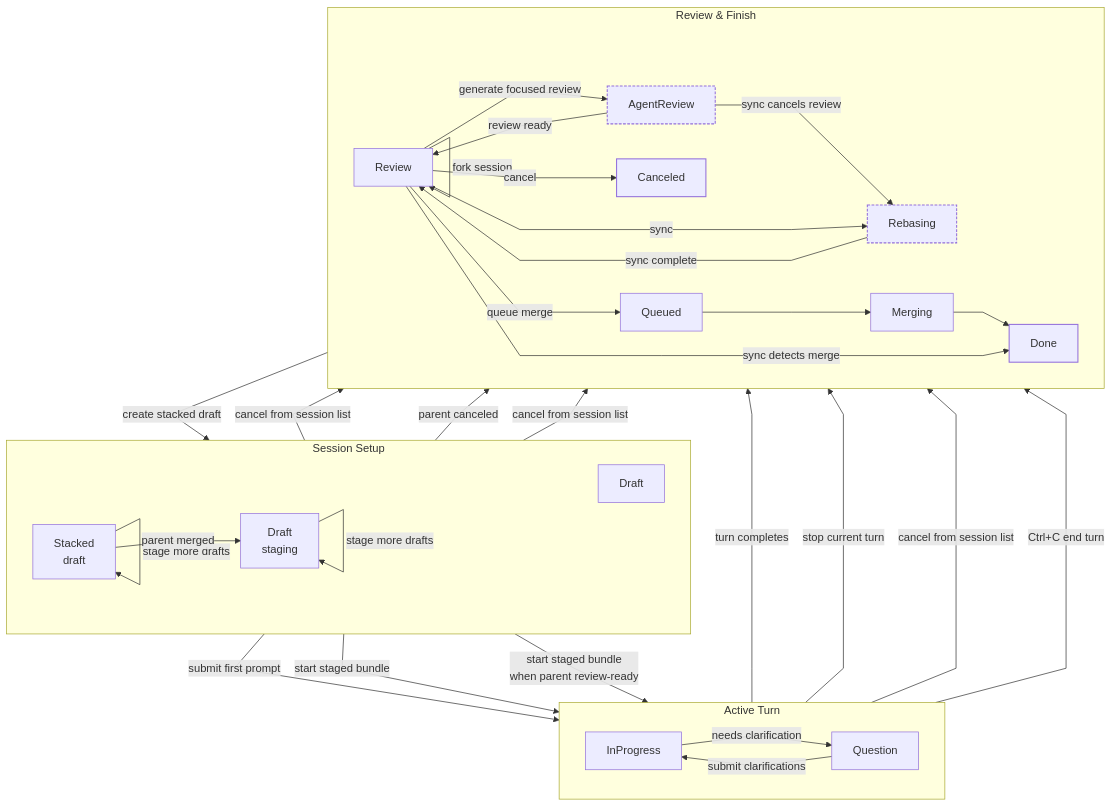
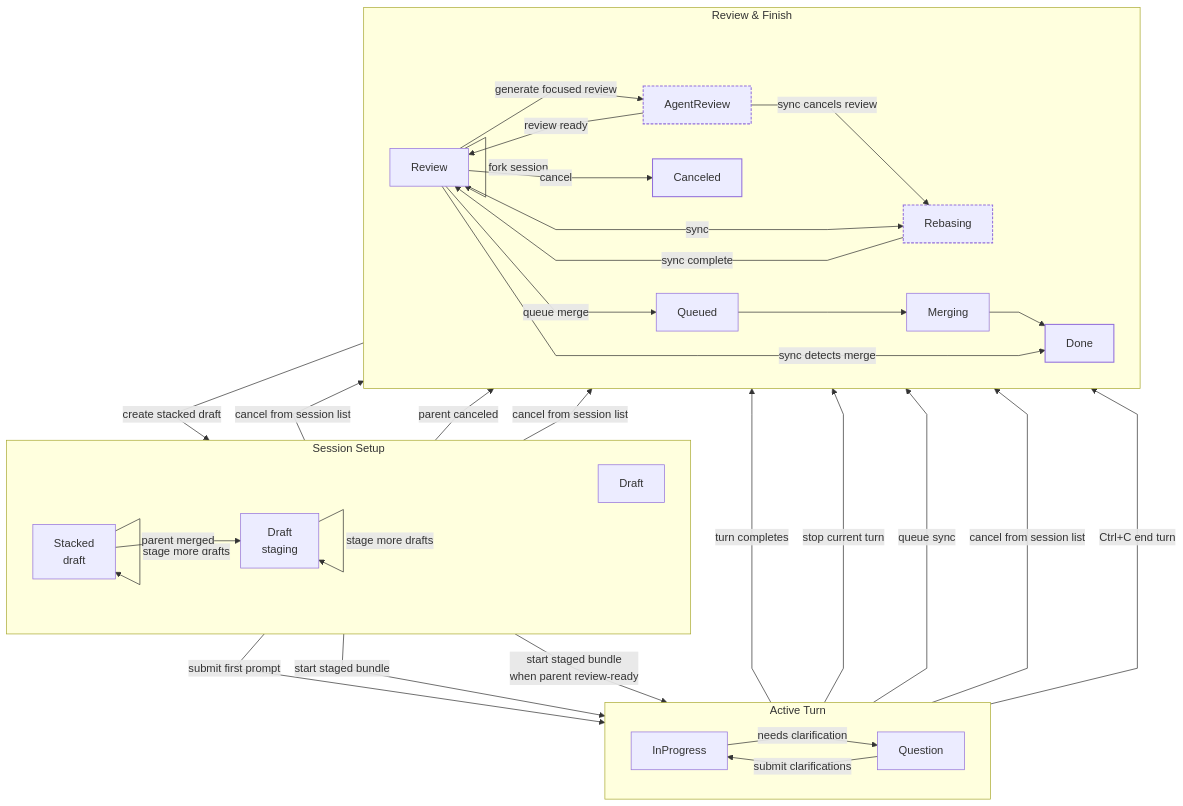
One commit to agentty-xyz/agentty changed the diagram in docs/site/content/docs/usage/workflow.md. Above: the diagram before and after it, drawn with Mermaid. The commit also changed other lines of this file and 12 other files, not shown here.

First line of the commit message:
Allow session sync to queue during running turns

````diff
--- a/docs/site/content/docs/usage/workflow.md
+++ b/docs/site/content/docs/usage/workflow.md
@@ -83,63 +84,64 @@
 ```mermaid
 %%{init: { "flowchart": { "curve": "linear" } } }%%
 flowchart TB
   classDef auxiliary stroke-dasharray: 4 2,stroke-width: 1.5px;
   classDef terminal stroke-width: 1.5px;
 
   subgraph start["Session Setup"]
     direction LR
     new_regular["Draft"]
     new_draft["Draft<br/>staging"]
     stacked_draft["Stacked<br/>draft"]
   end
 
   subgraph active["Active Turn"]
     direction LR
     in_progress["InProgress"]
     question["Question"]
   end
 
   subgraph finish["Review & Finish"]
     direction LR
     review["Review"]
     agent_review["AgentReview"]
     rebasing["Rebasing"]
     queued["Queued"]
     merging["Merging"]
     done["Done"]
     canceled["Canceled"]
   end
 
   new_regular -->|submit first prompt| in_progress
   new_draft -->|stage more drafts| new_draft
   new_draft -->|start staged bundle| in_progress
   new_draft -->|cancel from session list| canceled
   stacked_draft -->|stage more drafts| stacked_draft
   stacked_draft -->|start staged bundle<br/>when parent review-ready| in_progress
   stacked_draft -->|parent merged| new_draft
   stacked_draft -->|parent canceled| canceled
   stacked_draft -->|cancel from session list| canceled
 
   in_progress -->|turn completes| review
   in_progress -->|needs clarification| question
   in_progress -->|stop current turn| review
+  in_progress -->|queue sync| rebasing
   in_progress -->|cancel from session list| canceled
   question -->|submit clarifications| in_progress
   question -->|Ctrl+C end turn| review
 
   review -->|generate focused review| agent_review
   review -->|create stacked draft| stacked_draft
   review -->|fork session| review
   agent_review -->|review ready| review
   agent_review -->|sync cancels review| rebasing
   review -->|sync| rebasing
   rebasing -->|sync complete| review
   review -->|queue merge| queued
   queued --> merging
   merging --> done
   review -->|cancel| canceled
   review -->|sync detects merge| done
 
   class agent_review,rebasing auxiliary
   class done,canceled terminal
 ```
````
